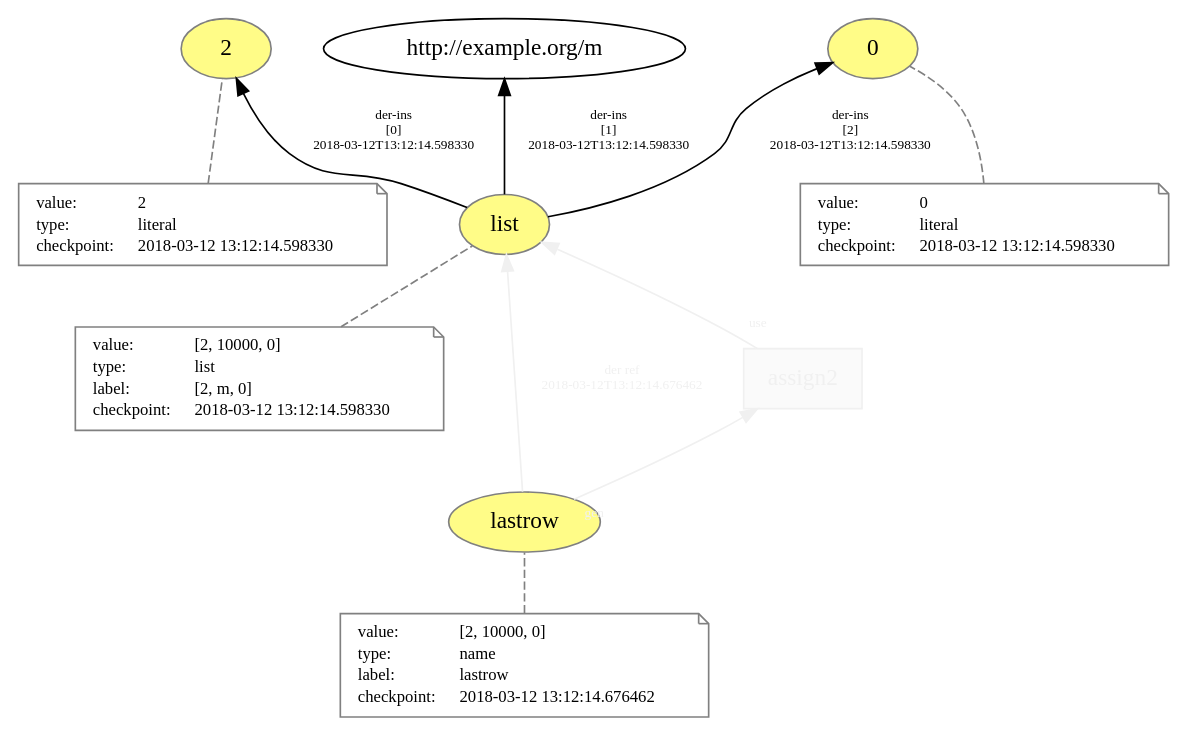
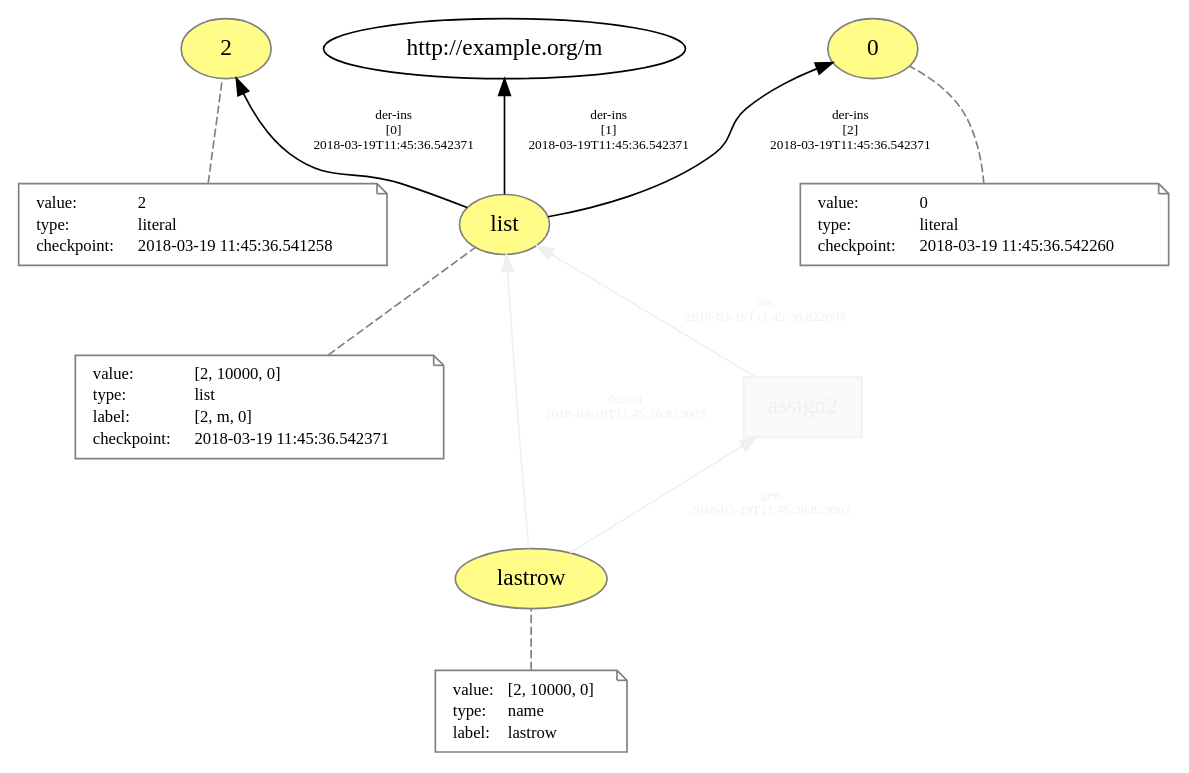
Before and after one commit to dew-uff/versioned-prov: the diagram in generated/versioned_prov/temp/L3__list_definition__assign.dot, drawn with Graphviz. The commit also changed 619 other files, not shown here.

```diff
--- a/generated/versioned_prov/temp/L3__list_definition__assign.dot
+++ b/generated/versioned_prov/temp/L3__list_definition__assign.dot
@@ -1,88 +1,86 @@
 digraph "PROV" { size="16,12"; rankdir="BT";
 "http://example.org/2" [fillcolor="#FFFC87",color="#808080",style="filled",label="2",URL="http://example.org/2"]
 "-attrs0" [color="gray",shape="note",fontsize="10",fontcolor="black",label=<<TABLE cellpadding="0" border="0">
 	<TR>
 	    <TD align="left">value:</TD>
 	    <TD align="left">2</TD>
 	</TR>
 	<TR>
 	    <TD align="left">type:</TD>
 	    <TD align="left">literal</TD>
 	</TR>
 	<TR>
 	    <TD align="left">checkpoint:</TD>
-	    <TD align="left">2018-03-12 13:12:14.598330</TD>
+	    <TD align="left">2018-03-19 11:45:36.541258</TD>
 	</TR>
 </TABLE>>]
 "-attrs0" -> "http://example.org/2" [color="gray",style="dashed",arrowhead="none"]
 "http://example.org/0" [fillcolor="#FFFC87",color="#808080",style="filled",label="0",URL="http://example.org/0"]
 "-attrs1" [color="gray",shape="note",fontsize="10",fontcolor="black",label=<<TABLE cellpadding="0" border="0">
 	<TR>
 	    <TD align="left">value:</TD>
 	    <TD align="left">0</TD>
 	</TR>
 	<TR>
 	    <TD align="left">type:</TD>
 	    <TD align="left">literal</TD>
 	</TR>
 	<TR>
 	    <TD align="left">checkpoint:</TD>
-	    <TD align="left">2018-03-12 13:12:14.598330</TD>
+	    <TD align="left">2018-03-19 11:45:36.542260</TD>
 	</TR>
 </TABLE>>]
 "-attrs1" -> "http://example.org/0" [color="gray",style="dashed",arrowhead="none"]
 "http://example.org/list" [fillcolor="#FFFC87",color="#808080",style="filled",label="list",URL="http://example.org/list"]
 "-attrs2" [color="gray",shape="note",fontsize="10",fontcolor="black",label=<<TABLE cellpadding="0" border="0">
 	<TR>
 	    <TD align="left">value:</TD>
 	    <TD align="left">[2, 10000, 0]</TD>
 	</TR>
 	<TR>
 	    <TD align="left">type:</TD>
 	    <TD align="left">list</TD>
 	</TR>
 	<TR>
 	    <TD align="left">label:</TD>
 	    <TD align="left">[2, m, 0]</TD>
 	</TR>
 	<TR>
 	    <TD align="left">checkpoint:</TD>
-	    <TD align="left">2018-03-12 13:12:14.598330</TD>
+	    <TD align="left">2018-03-19 11:45:36.542371</TD>
 	</TR>
 </TABLE>>]
 "-attrs2" -> "http://example.org/list" [color="gray",style="dashed",arrowhead="none"]
 "http://example.org/list" -> "http://example.org/2" [fontsize="8",distance="1.5",angle="60.0",rotation="20",label="der-ins
 [0]
-2018-03-12T13:12:14.598330"]
+2018-03-19T11:45:36.542371"]
 "http://example.org/list" -> "http://example.org/m" [fontsize="8",distance="1.5",angle="60.0",rotation="20",label="der-ins
 [1]
-2018-03-12T13:12:14.598330"]
+2018-03-19T11:45:36.542371"]
 "http://example.org/list" -> "http://example.org/0" [fontsize="8",distance="1.5",angle="60.0",rotation="20",label="der-ins
 [2]
-2018-03-12T13:12:14.598330"]
+2018-03-19T11:45:36.542371"]
 "http://example.org/lastrow" [fillcolor="#FFFC87",color="#808080",style="filled",label="lastrow",URL="http://example.org/lastrow"]
 "-attrs3" [color="gray",shape="note",fontsize="10",fontcolor="black",label=<<TABLE cellpadding="0" border="0">
 	<TR>
 	    <TD align="left">value:</TD>
 	    <TD align="left">[2, 10000, 0]</TD>
 	</TR>
 	<TR>
 	    <TD align="left">type:</TD>
 	    <TD align="left">name</TD>
 	</TR>
 	<TR>
 	    <TD align="left">label:</TD>
 	    <TD align="left">lastrow</TD>
 	</TR>
-	<TR>
-	    <TD align="left">checkpoint:</TD>
-	    <TD align="left">2018-03-12 13:12:14.676462</TD>
-	</TR>
 </TABLE>>]
 "-attrs3" -> "http://example.org/lastrow" [color="gray",style="dashed",arrowhead="none"]
 "http://example.org/assign2" [fillcolor="#FAFAFA",color="#F0F0F0",shape="polygon",sides="4",style="filled",fontcolor="#F0F0F0",label="assign2",URL="http://example.org/assign2"]
 "http://example.org/lastrow" -> "http://example.org/list" [fontsize="8",distance="1.5",angle="60.0",rotation="20",label="der ref
-2018-03-12T13:12:14.676462",fontcolor="#F0F0F0",color="#F0F0F0"]
-"http://example.org/assign2" -> "http://example.org/list" [labelfontsize="8",labeldistance="1.5",labelangle="60.0",rotation="20",taillabel="use",fontcolor="#F0F0F0",color="#F0F0F0"]
-"http://example.org/lastrow" -> "http://example.org/assign2" [labelfontsize="8",labeldistance="1.5",labelangle="60.0",rotation="20",taillabel="gen",fontcolor="#F0F0F0",color="#F0F0F0"]
+2018-03-19T11:45:36.822003",fontcolor="#F0F0F0",color="#F0F0F0"]
+"http://example.org/assign2" -> "http://example.org/list" [fontsize="8",distance="1.5",angle="60.0",rotation="20",label="use
+2018-03-19T11:45:36.822003",fontcolor="#F0F0F0",color="#F0F0F0"]
+"http://example.org/lastrow" -> "http://example.org/assign2" [fontsize="8",distance="1.5",angle="60.0",rotation="20",label="gen
+2018-03-19T11:45:36.822003",fontcolor="#F0F0F0",color="#F0F0F0"]
 }
```
